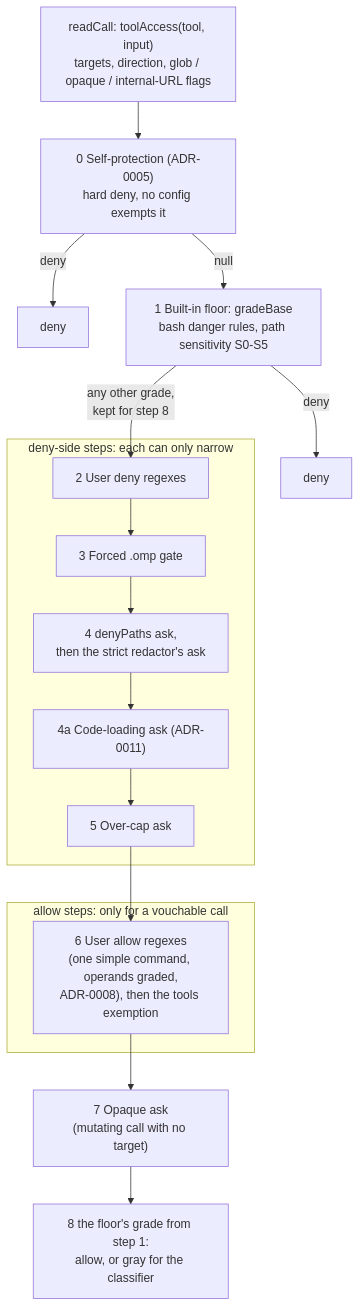
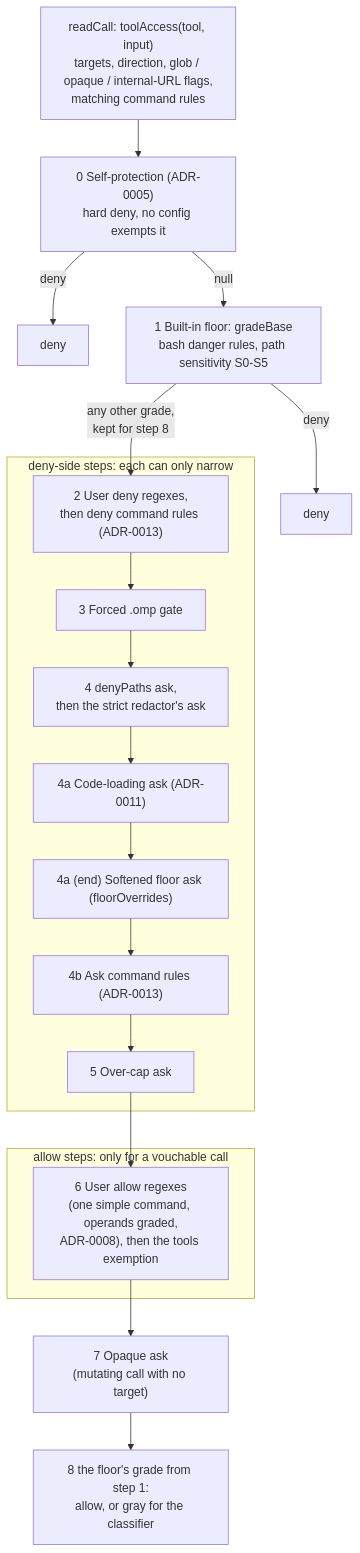
Before and after one commit to jonatsu/pi-verdict: the third of 5 diagrams in docs/architecture.md, drawn with Mermaid. The commit also changed other lines of this file and 18 other files, not shown here.

````diff
--- a/docs/architecture.md
+++ b/docs/architecture.md
@@ -109,20 +109,22 @@
 ```mermaid
 flowchart TD
-  Read["readCall: toolAccess(tool, input)<br/>targets, direction, glob / opaque / internal-URL flags"] --> Self
+  Read["readCall: toolAccess(tool, input)<br/>targets, direction, glob / opaque / internal-URL flags,<br/>matching command rules"] --> Self
   Self["0 Self-protection (ADR-0005)<br/>hard deny, no config exempts it"] -->|deny| D0[deny]
   Self -->|null| Floor
   Floor["1 Built-in floor: gradeBase<br/>bash danger rules, path sensitivity S0-S5"] -->|deny| D1[deny]
   Floor -->|"any other grade,<br/>kept for step 8"| UDeny
   subgraph denyside [deny-side steps: each can only narrow]
-    UDeny["2 User deny regexes"] --> Omp["3 Forced .omp gate"]
+    UDeny["2 User deny regexes,<br/>then deny command rules (ADR-0013)"] --> Omp["3 Forced .omp gate"]
     Omp --> DP["4 denyPaths ask,<br/>then the strict redactor's ask"]
     DP --> Code["4a Code-loading ask (ADR-0011)"]
-    Code --> Cap["5 Over-cap ask"]
+    Code --> Soft["4a (end) Softened floor ask (floorOverrides)"]
+    Soft --> CRAsk["4b Ask command rules (ADR-0013)"]
+    CRAsk --> Cap["5 Over-cap ask"]
   end
   subgraph allowside [allow steps: only for a vouchable call]
     UAllow["6 User allow regexes<br/>(one simple command, operands graded,<br/>ADR-0008), then the tools exemption"]
   end
   Cap --> UAllow
   UAllow --> Opaque["7 Opaque ask<br/>(mutating call with no target)"]
   Opaque --> Grade["8 the floor's grade from step 1:<br/>allow, or gray for the classifier"]
 ```
````
